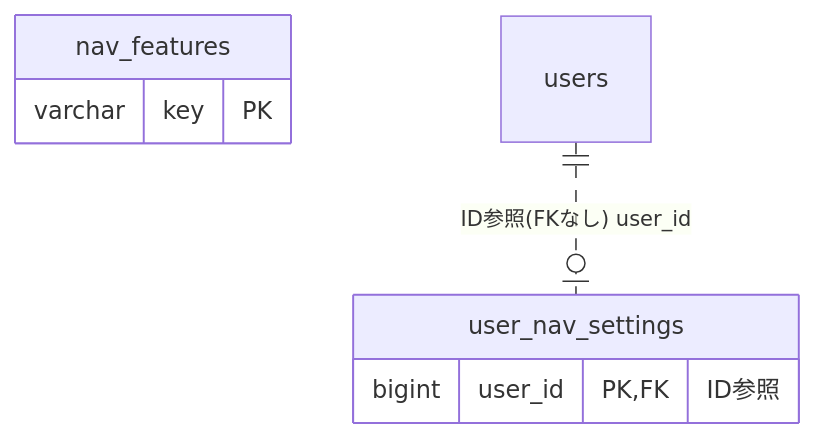
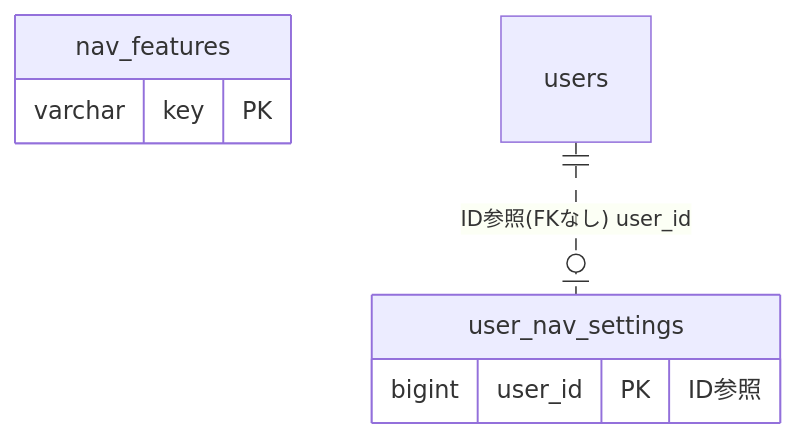
One commit to kenta-0420/mannschaft changed the diagram in docs/architecture/er/navsettings.md. Above: the diagram before and after it, drawn with Mermaid. The commit also changed other lines of this file and 115 other files, not shown here.

Commit message:
改善: ER図のFKマーカーを実FKのみに限定し、被参照の逆引き節とREADME凡例を追加 (PR #4268)

````diff
--- a/docs/architecture/er/navsettings.md
+++ b/docs/architecture/er/navsettings.md
@@ -12,11 +12,11 @@
 ```mermaid
 erDiagram
     nav_features {
         varchar key PK
     }
     user_nav_settings {
-        bigint user_id PK, FK "ID参照"
+        bigint user_id PK "ID参照"
     }
     users
     users ||..o| user_nav_settings : "ID参照(FKなし) user_id"
 ```
````
